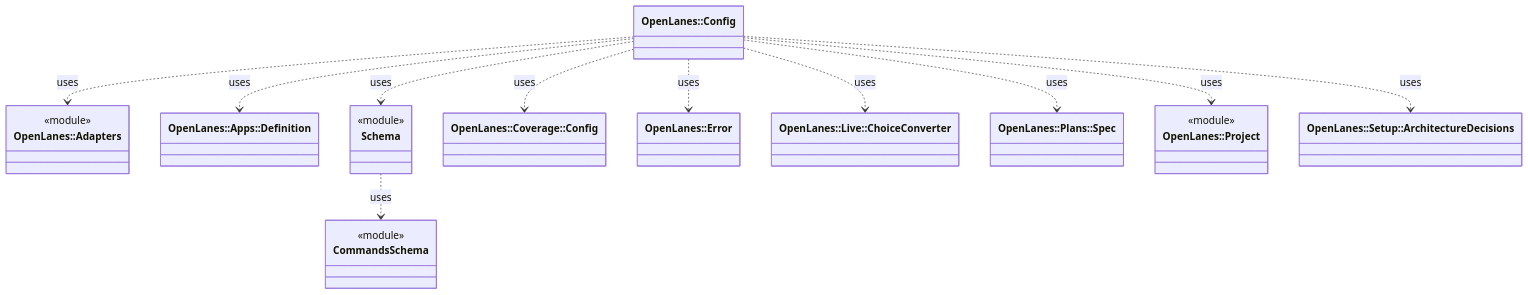
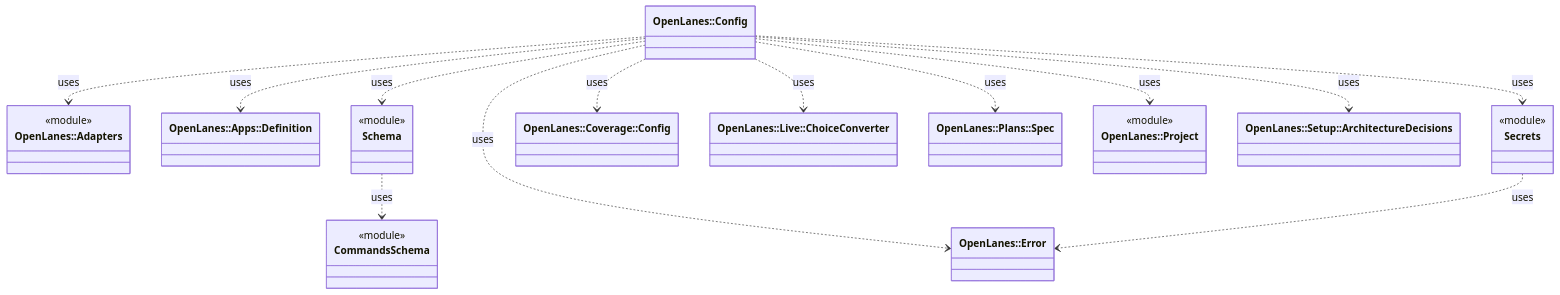
Before and after one commit to kigster/openlanes: the diagram in docs/architecture/openlanes-config.md, drawn with Mermaid. The commit also changed 99 other files, not shown here.

````diff
--- a/docs/architecture/openlanes-config.md
+++ b/docs/architecture/openlanes-config.md
@@ -5,28 +5,32 @@
 ```mermaid
 classDiagram
   class OpenLanes__Adapters["OpenLanes::Adapters"]
   <<module>> OpenLanes__Adapters
   class OpenLanes__Apps__Definition["OpenLanes::Apps::Definition"]
   class OpenLanes__Config["OpenLanes::Config"]
   class OpenLanes__Config__CommandsSchema["CommandsSchema"]
   <<module>> OpenLanes__Config__CommandsSchema
   class OpenLanes__Config__Schema["Schema"]
   <<module>> OpenLanes__Config__Schema
+  class OpenLanes__Config__Secrets["Secrets"]
+  <<module>> OpenLanes__Config__Secrets
   class OpenLanes__Coverage__Config["OpenLanes::Coverage::Config"]
   class OpenLanes__Error["OpenLanes::Error"]
   class OpenLanes__Live__ChoiceConverter["OpenLanes::Live::ChoiceConverter"]
   class OpenLanes__Plans__Spec["OpenLanes::Plans::Spec"]
   class OpenLanes__Project["OpenLanes::Project"]
   <<module>> OpenLanes__Project
   class OpenLanes__Setup__ArchitectureDecisions["OpenLanes::Setup::ArchitectureDecisions"]
   OpenLanes__Config ..> OpenLanes__Adapters : uses
   OpenLanes__Config ..> OpenLanes__Apps__Definition : uses
   OpenLanes__Config ..> OpenLanes__Config__Schema : uses
+  OpenLanes__Config ..> OpenLanes__Config__Secrets : uses
   OpenLanes__Config ..> OpenLanes__Coverage__Config : uses
   OpenLanes__Config ..> OpenLanes__Error : uses
   OpenLanes__Config ..> OpenLanes__Live__ChoiceConverter : uses
   OpenLanes__Config ..> OpenLanes__Plans__Spec : uses
   OpenLanes__Config ..> OpenLanes__Project : uses
   OpenLanes__Config ..> OpenLanes__Setup__ArchitectureDecisions : uses
   OpenLanes__Config__Schema ..> OpenLanes__Config__CommandsSchema : uses
+  OpenLanes__Config__Secrets ..> OpenLanes__Error : uses
 ```
````
